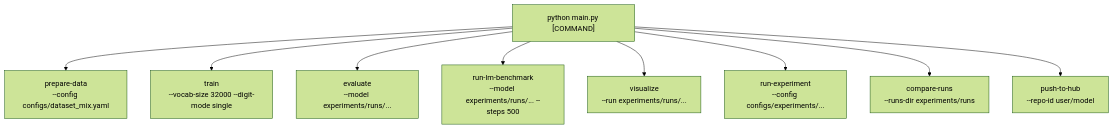
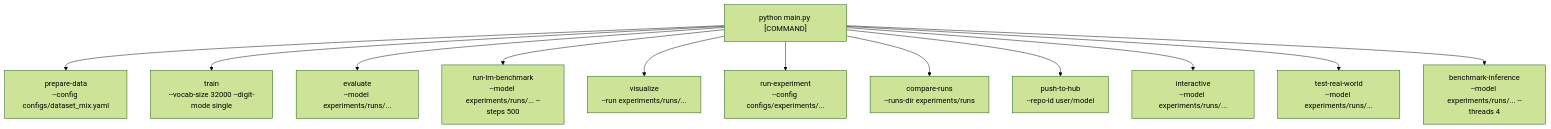
One commit to Sumit-Prasad01/BPE-Tokenizer changed the tenth of 11 diagrams in system_architecture.md. Above: the diagram before and after it, drawn with Mermaid (forest theme). The commit also changed other lines of this file and 12 other files, not shown here.

````diff
--- a/system_architecture.md
+++ b/system_architecture.md
@@ -362,13 +375,16 @@
 ```mermaid
 flowchart TD
     CLI["python main.py [COMMAND]"]
     
     CLI --> C1["prepare-data<br>--config configs/dataset_mix.yaml"]
     CLI --> C2["train<br>--vocab-size 32000 --digit-mode single"]
     CLI --> C3["evaluate<br>--model experiments/runs/..."]
     CLI --> C4["run-lm-benchmark<br>--model experiments/runs/... --steps 500"]
     CLI --> C5["visualize<br>--run experiments/runs/..."]
     CLI --> C6["run-experiment<br>--config configs/experiments/..."]
     CLI --> C7["compare-runs<br>--runs-dir experiments/runs"]
     CLI --> C8["push-to-hub<br>--repo-id user/model"]
+    CLI --> C9["interactive<br>--model experiments/runs/..."]
+    CLI --> C10["test-real-world<br>--model experiments/runs/..."]
+    CLI --> C11["benchmark-inference<br>--model experiments/runs/... --threads 4"]
 ```
````
